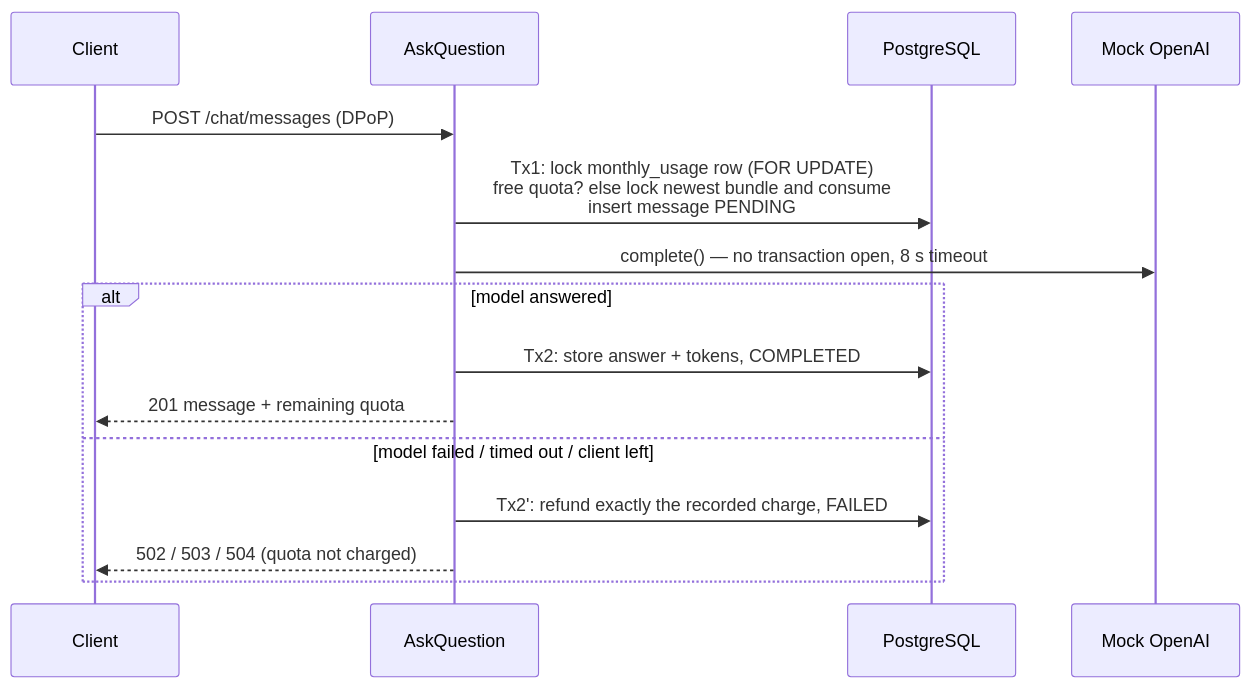
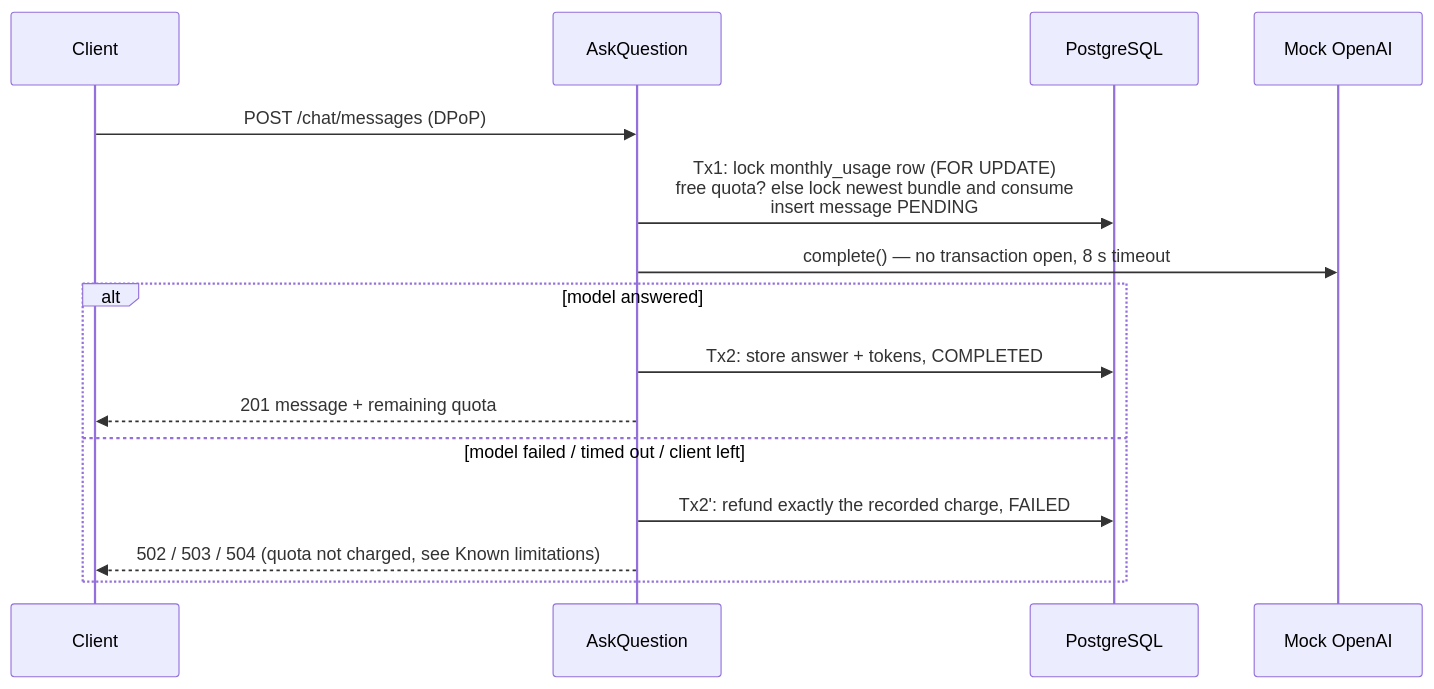
The second of 2 diagrams in README.md (fasisandhu/muhammad-faseeh), drawn with Mermaid before and after one commit. The commit also changed other lines of this file and 1 other file, not shown here.

````diff
--- a/README.md
+++ b/README.md
@@ -96,17 +96,17 @@
 ```mermaid
 sequenceDiagram
   participant C as Client
   participant A as AskQuestion
   participant DB as PostgreSQL
   participant M as Mock OpenAI
   C->>A: POST /chat/messages (DPoP)
   A->>DB: Tx1: lock monthly_usage row (FOR UPDATE)<br/>free quota? else lock newest bundle and consume<br/>insert message PENDING
   A->>M: complete() — no transaction open, 8 s timeout
   alt model answered
     A->>DB: Tx2: store answer + tokens, COMPLETED
     A-->>C: 201 message + remaining quota
   else model failed / timed out / client left
     A->>DB: Tx2': refund exactly the recorded charge, FAILED
-    A-->>C: 502 / 503 / 504 (quota not charged)
+    A-->>C: 502 / 503 / 504 (quota not charged, see Known limitations)
   end
 ```
````
